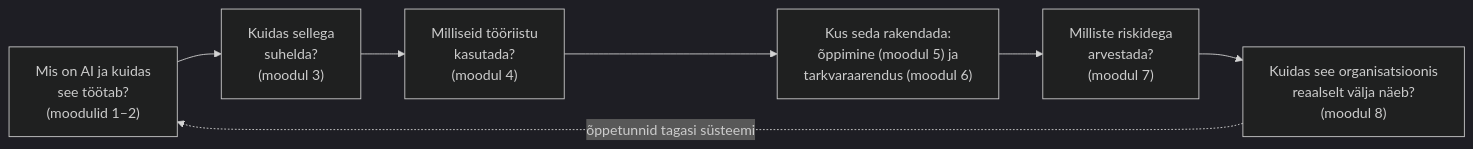
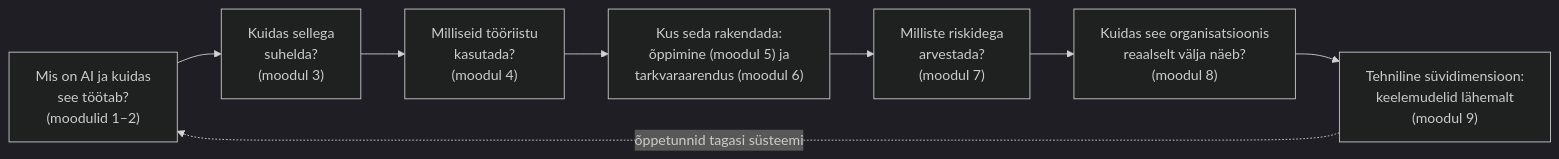
Before and after one commit to vikatgen/oppematerjalid: the diagram in docs/tehisintellekt/moodul-08-rakendamine-ja-moju/tund-05-kokkuvote.md, drawn with Mermaid (dark theme). The commit also changed other lines of this file and 62 other files, not shown here.

````diff
--- a/docs/tehisintellekt/moodul-08-rakendamine-ja-moju/tund-05-kokkuvote.md
+++ b/docs/tehisintellekt/moodul-08-rakendamine-ja-moju/tund-05-kokkuvote.md
@@ -18,9 +18,10 @@
 ```mermaid
 flowchart LR
     A["Mis on AI ja kuidas<br/>see töötab?<br/>(moodulid 1–2)"] --> B["Kuidas sellega<br/>suhelda?<br/>(moodul 3)"]
     B --> C["Milliseid tööriistu<br/>kasutada?<br/>(moodul 4)"]
     C --> D["Kus seda rakendada:<br/>õppimine (moodul 5) ja<br/>tarkvaraarendus (moodul 6)"]
     D --> E["Milliste riskidega<br/>arvestada?<br/>(moodul 7)"]
     E --> F["Kuidas see organisatsioonis<br/>reaalselt välja näeb?<br/>(moodul 8)"]
-    F -.->|"õppetunnid tagasi süsteemi"| A
+    F --> G["Tehniline süvidimensioon:<br/>keelemudelid lähemalt<br/>(moodul 9)"]
+    G -.->|"õppetunnid tagasi süsteemi"| A
 ```
````
